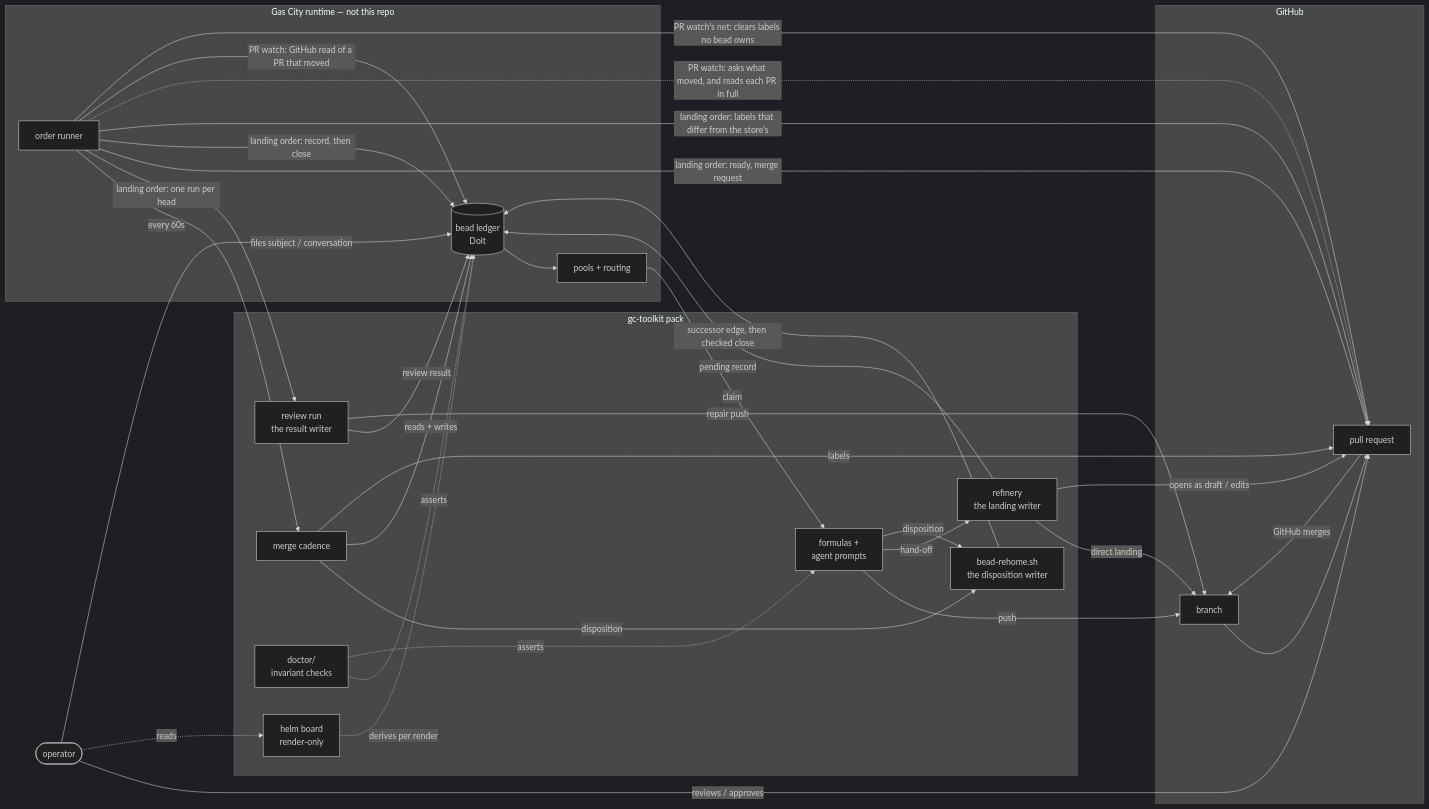
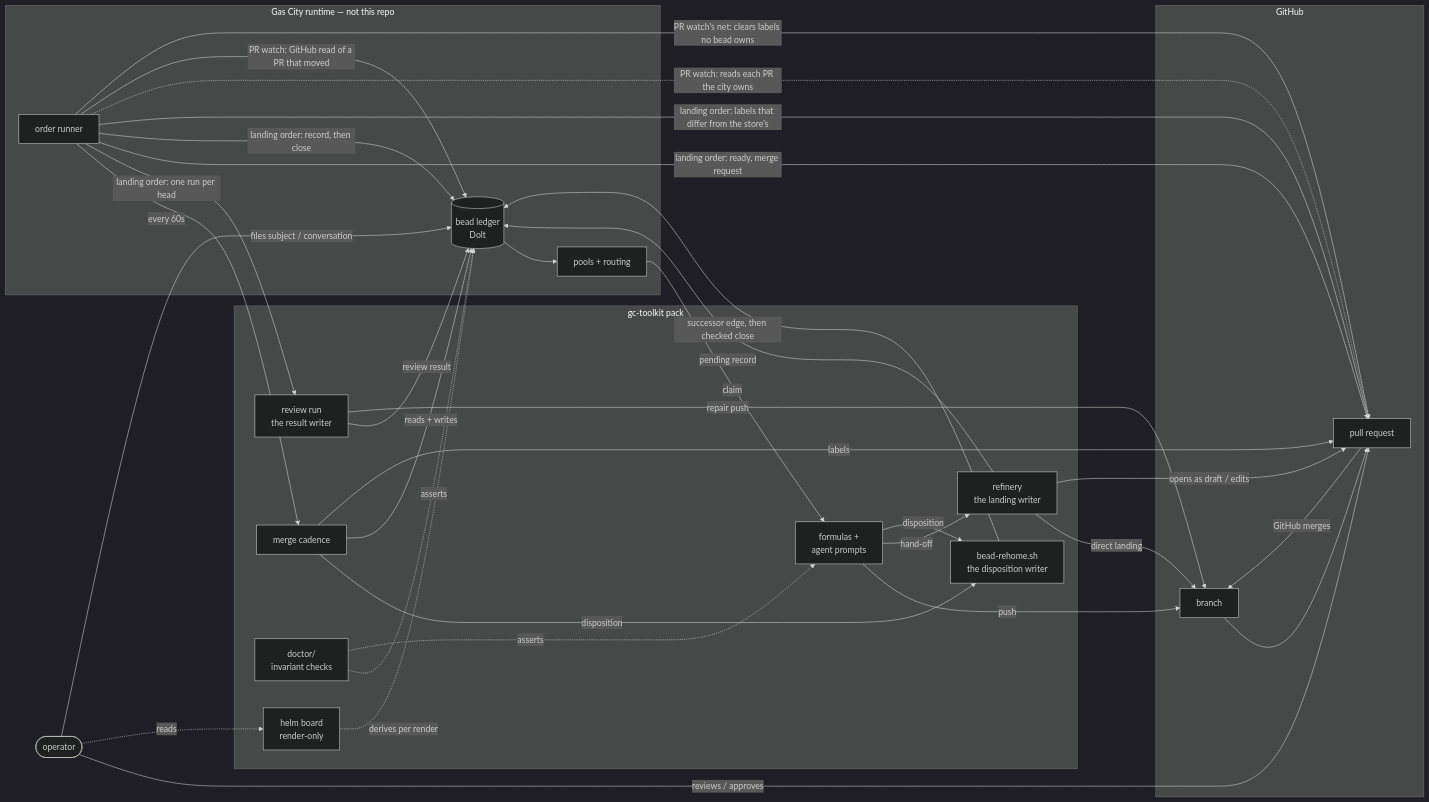
The diagram in docs/architecture.md (zookanalytics/gc-toolkit), drawn with Mermaid (dark theme) before and after one commit. The commit also changed other lines of this file, not shown here.

First line of the commit message:
docs: keep the architecture page's PR watch at what it is responsible for (tk-1tfzr71.149)

````diff
--- a/docs/architecture.md
+++ b/docs/architecture.md
@@ -40,53 +40,53 @@
 ```mermaid
 flowchart LR
   OP([operator])
   subgraph city["Gas City runtime — not this repo"]
     LEDGER[(bead ledger<br/>Dolt)]
     POOL[pools + routing]
     ORD[order runner]
   end
   subgraph pack["gc-toolkit pack"]
     FORM[formulas +<br/>agent prompts]
     REF[refinery<br/>the landing writer]
     DISP[bead-rehome.sh<br/>the disposition writer]
     CAD[merge cadence]
     RUN[review run<br/>the result writer]
     DOC[doctor/<br/>invariant checks]
     HELM[helm board<br/>render-only]
   end
   subgraph git["GitHub"]
     BR[branch]
     PR[pull request]
   end
 
   OP -->|files subject / conversation| LEDGER
   OP -->|reviews / approves| PR
   OP -.->|reads| HELM
   LEDGER --> POOL
   POOL -->|claim| FORM
   FORM -->|push| BR
   FORM -->|hand-off| REF
   REF -->|direct landing| BR
   REF -->|opens as draft / edits| PR
   REF -->|pending record| LEDGER
   FORM -->|disposition| DISP
   CAD -->|disposition| DISP
   DISP -->|successor edge, then checked close| LEDGER
   RUN -->|review result| LEDGER
   RUN -->|repair push| BR
   ORD -->|every 60s| CAD
   ORD -->|landing order: one run per head| RUN
   ORD -->|landing order: ready, merge request| PR
   ORD -->|landing order: record, then close| LEDGER
   ORD -->|landing order: labels that differ from the store's| PR
-  ORD -.->|PR watch: asks what moved, and reads each PR in full| PR
+  ORD -.->|PR watch: reads each PR the city owns| PR
   ORD -->|PR watch: GitHub read of a PR that moved| LEDGER
   ORD -->|PR watch's net: clears labels no bead owns| PR
   CAD -->|reads + writes| LEDGER
   CAD -->|labels| PR
   BR --> PR
   PR -->|GitHub merges| BR
   HELM -.->|derives per render| LEDGER
   DOC -.->|asserts| LEDGER
   DOC -.->|asserts| FORM
 ```
````
